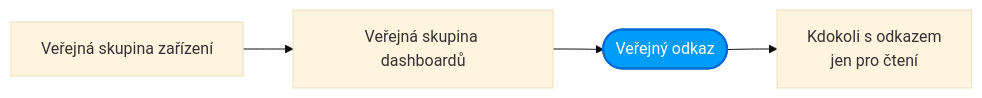
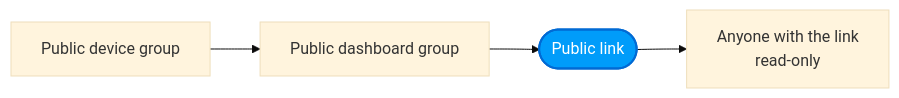
Before and after one commit to hardwario/website-hardwario-docs: the diagram in i18n/cs/docusaurus-plugin-content-docs-apps/current/thingsboard/public-link.md, drawn with Mermaid (base theme). The commit also changed 7 other files, not shown here.

Commit message:
HARDWARIO Dashboards: Fix the Czech translation check (descriptions, diagrams, link)

````diff
--- a/i18n/cs/docusaurus-plugin-content-docs-apps/current/thingsboard/public-link.md
+++ b/i18n/cs/docusaurus-plugin-content-docs-apps/current/thingsboard/public-link.md
@@ -20,8 +20,8 @@
 ```mermaid
 flowchart LR
-  DG[Veřejná skupina zařízení] --> D[Veřejná skupina dashboardů]
-  D --> L([Veřejný odkaz])
-  L --> V[Kdokoli s odkazem<br/>jen pro čtení]
+  DG[Public device group] --> D[Public dashboard group]
+  D --> L([Public link])
+  L --> V[Anyone with the link<br/>read-only]
   classDef hero fill:#009cfa,stroke:#016ad4,stroke-width:2px,color:#ffffff;
   class L hero;
 ```
````
